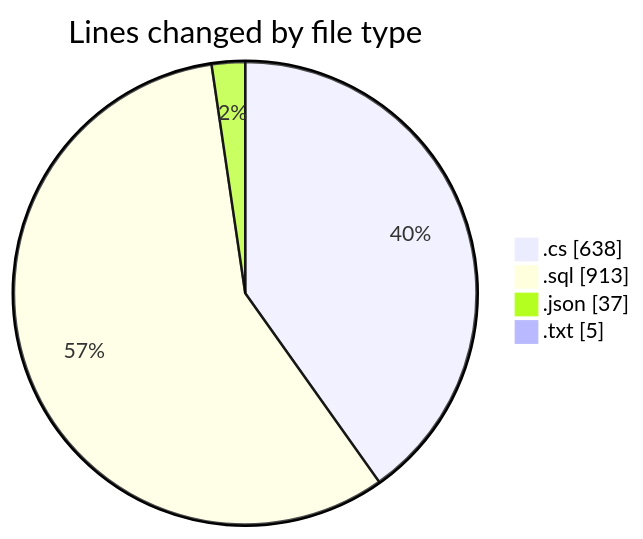
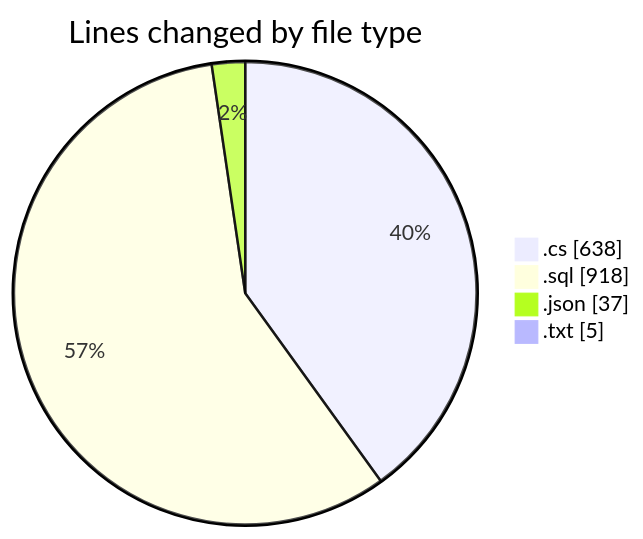
One commit to Netris89/code-tracking changed the first of 2 diagrams in 2025-04-04/back-end/README.md. Above: the diagram before and after it, drawn with Mermaid. The commit also changed other lines of this file and 1 other file, not shown here.

````diff
--- a/2025-04-04/back-end/README.md
+++ b/2025-04-04/back-end/README.md
@@ -24,8 +25,8 @@
 ```mermaid
 pie showData
 title Lines changed by file type
 ".cs" : 638
-".sql" : 913
+".sql" : 918
 ".json" : 37
 ".txt" : 5
 ```
````
